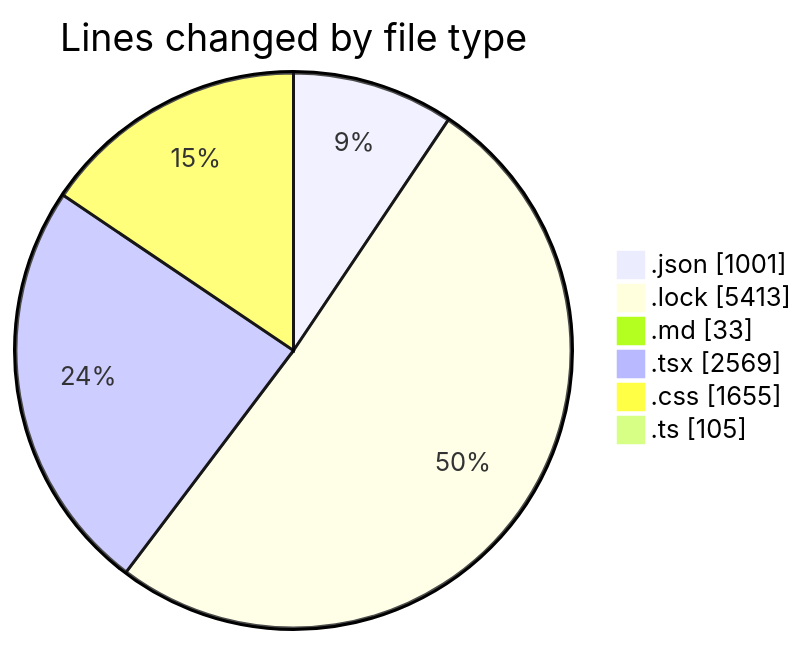
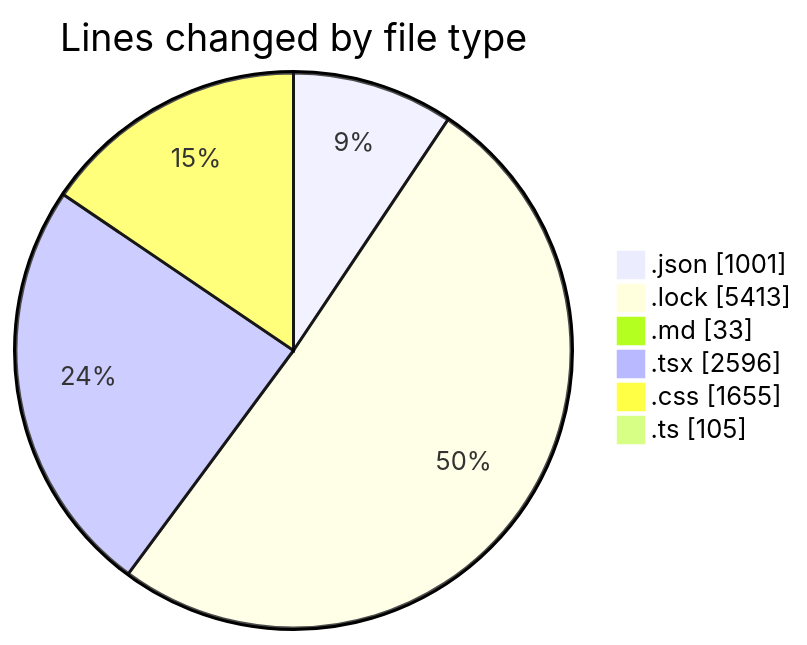
Before and after one commit to EIIisD/code-tracking: the first of 2 diagrams in 2025-08-11/ribbon/README.md, drawn with Mermaid. The commit also changed other lines of this file and 1 other file, not shown here.

````diff
--- a/2025-08-11/ribbon/README.md
+++ b/2025-08-11/ribbon/README.md
@@ -44,10 +44,10 @@
 ```mermaid
 pie showData
 title Lines changed by file type
 ".json" : 1001
 ".lock" : 5413
 ".md" : 33
-".tsx" : 2569
+".tsx" : 2596
 ".css" : 1655
 ".ts" : 105
 ```
````
